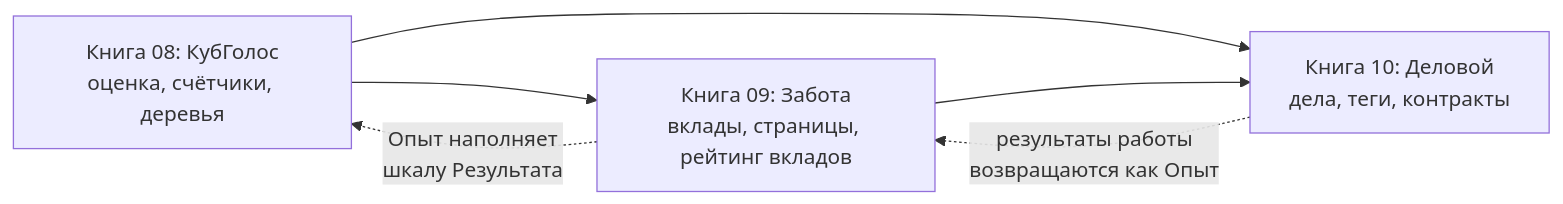
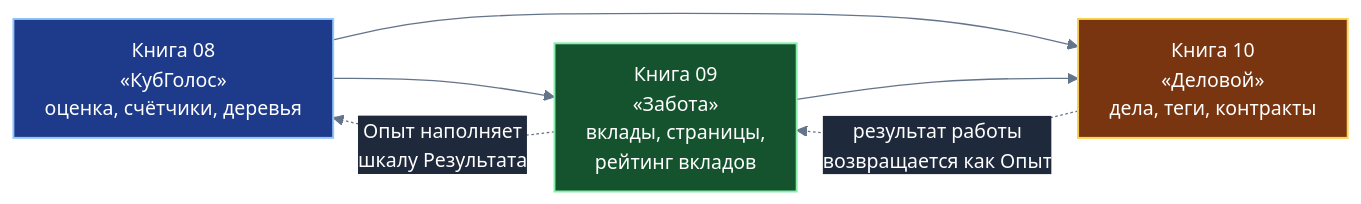
The diagram in shared_docs/whitepapers/ОБЩИЙ_ПЛАН_08-10_Белые_книги_прикладных_приложений.md (Data-Independence-Network/presentations), drawn with Mermaid before and after one commit. The commit also changed other lines of this file and 6 other files, not shown here.

````diff
--- a/shared_docs/whitepapers/ОБЩИЙ_ПЛАН_08-10_Белые_книги_прикладных_приложений.md
+++ b/shared_docs/whitepapers/ОБЩИЙ_ПЛАН_08-10_Белые_книги_прикладных_приложений.md
@@ -66,8 +70,18 @@
 ```mermaid
+%%{init: {"theme":"base","themeVariables":{"background":"#0f172a","fontFamily":"Arial, Helvetica, sans-serif","fontSize":"15px","primaryColor":"#1e3a8a","primaryTextColor":"#ffffff","primaryBorderColor":"#93c5fd","secondaryColor":"#14532d","tertiaryColor":"#1e293b","lineColor":"#64748b","textColor":"#94a3b8","mainBkg":"#1e3a8a","nodeBorder":"#93c5fd","clusterBkg":"#1e293b","clusterBorder":"#475569","titleColor":"#cbd5e1","edgeLabelBackground":"#1e293b"},"themeCSS":"foreignObject *{font-family:Arial,Helvetica,sans-serif !important}","flowchart":{"curve":"basis","htmlLabels":true,"nodeSpacing":26,"rankSpacing":40,"padding":12,"useMaxWidth":true}}}%%
 flowchart LR
-    A["Книга 08: КубГолос<br/>оценка, счётчики, деревья"] --> B["Книга 09: Забота<br/>вклады, страницы, рейтинг вкладов"]
-    A --> C["Книга 10: Деловой<br/>дела, теги, контракты"]
+    A["Книга 08<br/>«КубГолос»<br/>оценка, счётчики, деревья"] --> B["Книга 09<br/>«Забота»<br/>вклады, страницы,<br/>рейтинг вкладов"]
+    A --> C["Книга 10<br/>«Деловой»<br/>дела, теги, контракты"]
     B --> C
-    C -. "результаты работы<br/>возвращаются как Опыт" .-> B
+    C -. "результат работы<br/>возвращается как Опыт" .-> B
     B -. "Опыт наполняет<br/>шкалу Результата" .-> A
+    class A leaf
+    class B branch
+    class C trunk
+    classDef leaf fill:#1e3a8a,stroke:#93c5fd,stroke-width:1.5px,color:#ffffff
+    classDef branch fill:#14532d,stroke:#86efac,stroke-width:1.5px,color:#ffffff
+    classDef trunk fill:#78350f,stroke:#fcd34d,stroke-width:1.5px,color:#ffffff
+    classDef bank fill:#4c1d95,stroke:#c4b5fd,stroke-width:1.5px,color:#ffffff
+    classDef priv fill:#334155,stroke:#cbd5e1,stroke-width:1.5px,color:#ffffff
+    classDef risk fill:#7f1d1d,stroke:#fca5a5,stroke-width:1.5px,color:#ffffff
 ```
````
